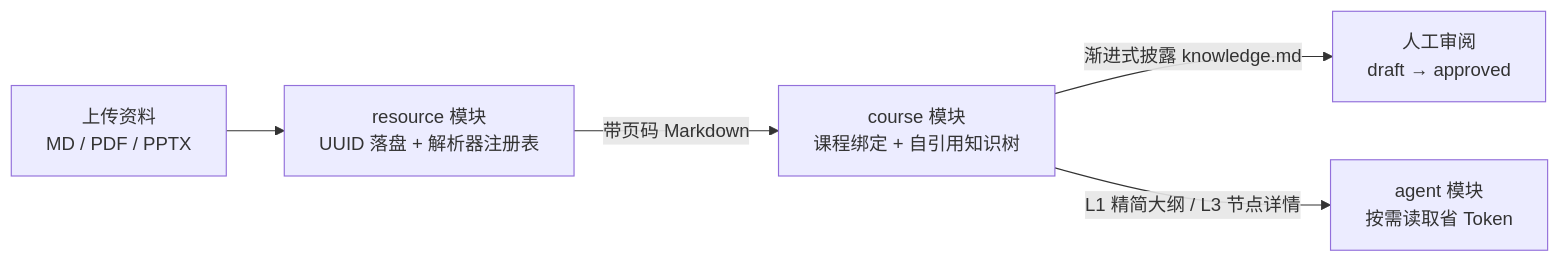
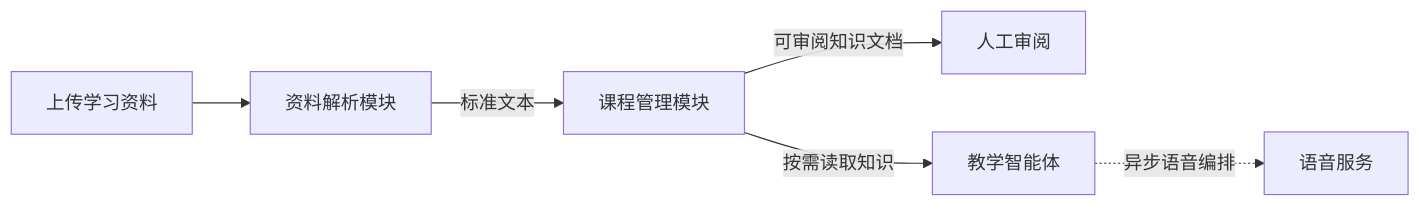
The second of 2 diagrams in PPT-Helper/decks/overview.md (rereareal/ta-new), drawn with Mermaid before and after one commit. The commit also changed other lines of this file and 1 other file, not shown here.

````diff
--- a/PPT-Helper/decks/overview.md
+++ b/PPT-Helper/decks/overview.md
@@ -202,7 +190,8 @@
 ```mermaid
 flowchart LR
-  F["上传资料<br/>MD / PDF / PPTX"] --> R["resource 模块<br/>UUID 落盘 + 解析器注册表"]
-  R -- "带页码 Markdown" --> C["course 模块<br/>课程绑定 + 自引用知识树"]
-  C -- "渐进式披露 knowledge.md" --> H["人工审阅<br/>draft → approved"]
-  C -- "L1 精简大纲 / L3 节点详情" --> A["agent 模块<br/>按需读取省 Token"]
+  F["上传学习资料"] --> R["资料解析模块"]
+  R -- "标准文本" --> C["课程管理模块"]
+  C -- "可审阅知识文档" --> H["人工审阅"]
+  C -- "按需读取知识" --> A["教学智能体"]
+  A -. "异步语音编排" .-> S["语音服务"]
 ```
````
